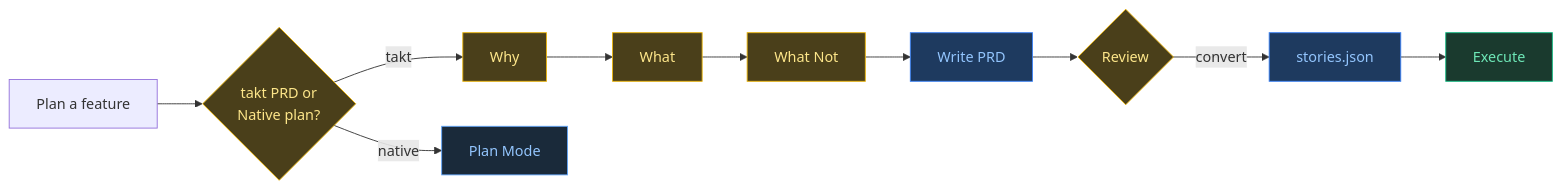
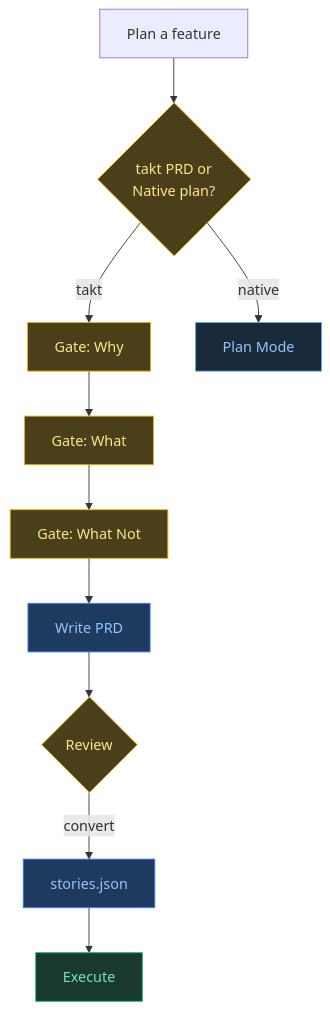
Before and after one commit to Sebstrdigital/takt: the second of 4 diagrams in README.md, drawn with Mermaid. The commit also changed other lines of this file, not shown here.

First line of the commit message:
fix: mermaid diagrams — TD layout, remove self-loops and wide branches

````diff
--- a/README.md
+++ b/README.md
@@ -43,22 +43,22 @@
 ```mermaid
-graph LR
+graph TD
     U["Plan a feature"] --> G{"takt PRD or\nNative plan?"}
-    G -- "takt" --> W["Why"]
+    G -- "takt" --> W["Gate: Why"]
     G -- "native" --> NP["Plan Mode"]
-    W --> WH["What"]
-    WH --> WN["What Not"]
+    W --> WH["Gate: What"]
+    WH --> WN["Gate: What Not"]
     WN --> P["Write PRD"]
     P --> R{"Review"}
     R -- "convert" --> T["stories.json"]
     T --> E["Execute"]
 
     style G fill:#4a3f1a,stroke:#eab308,color:#fde68a
     style W fill:#4a3f1a,stroke:#eab308,color:#fde68a
     style WH fill:#4a3f1a,stroke:#eab308,color:#fde68a
     style WN fill:#4a3f1a,stroke:#eab308,color:#fde68a
     style R fill:#4a3f1a,stroke:#eab308,color:#fde68a
     style P fill:#1e3a5f,stroke:#3b82f6,color:#93c5fd
     style T fill:#1e3a5f,stroke:#3b82f6,color:#93c5fd
     style E fill:#1a3a2e,stroke:#10b981,color:#6ee7b7
     style NP fill:#1a2a3a,stroke:#60a5fa,color:#93c5fd
 ```
````
